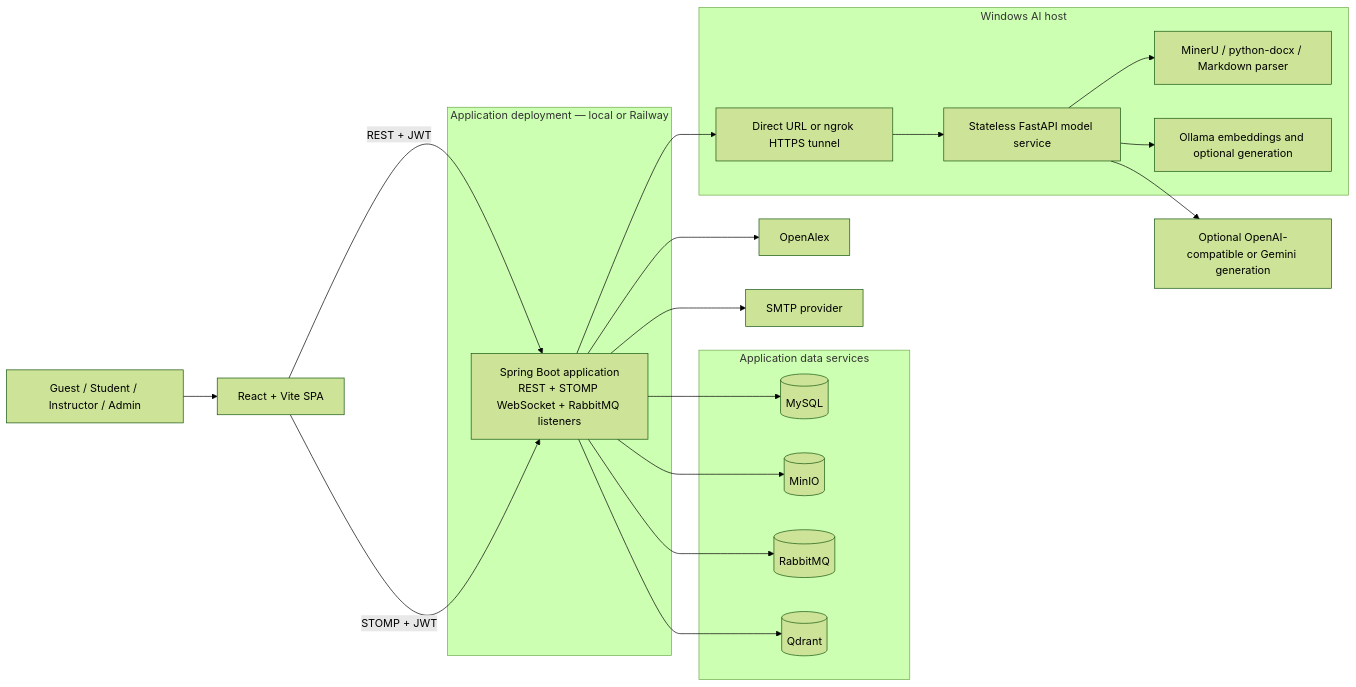
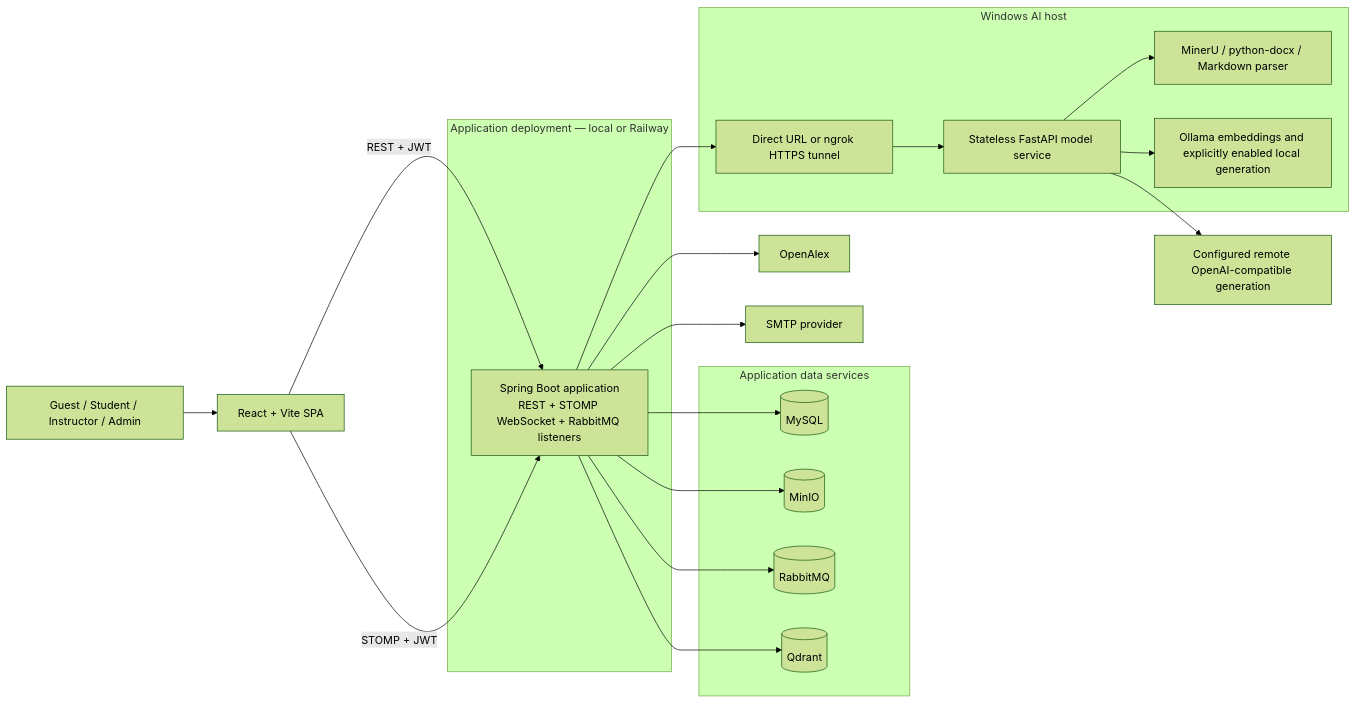
One commit to MinhKien17/SEP490_EvidencePilot changed the first of 6 diagrams in System-Architecture.md. Above: the diagram before and after it, drawn with Mermaid (forest theme). The commit also changed other lines of this file and 1 other file, not shown here.

Commit message:
feat: update README and System Architecture documentation with project lifecycle, AI configuration, and deletion management details

````diff
--- a/System-Architecture.md
+++ b/System-Architecture.md
@@ -8,40 +8,40 @@
 ```mermaid
 flowchart LR
     USERS["Guest / Student / Instructor / Admin"] --> FE["React + Vite SPA"]
 
     subgraph APP["Application deployment — local or Railway"]
         BE["Spring Boot application\nREST + STOMP WebSocket + RabbitMQ listeners"]
     end
 
     subgraph DATA["Application data services"]
         MYSQL[("MySQL")]
         MINIO[("MinIO")]
         RABBIT[("RabbitMQ")]
         QDRANT[("Qdrant")]
     end
 
     subgraph AIHOST["Windows AI host"]
         ENTRY["Direct URL or ngrok HTTPS tunnel"]
         MODEL["Stateless FastAPI model service"]
         EXTRACT["MinerU / python-docx / Markdown parser"]
-        OLLAMA["Ollama embeddings and optional generation"]
+        OLLAMA["Ollama embeddings and explicitly enabled local generation"]
         ENTRY --> MODEL
         MODEL --> EXTRACT
         MODEL --> OLLAMA
     end
 
-    REMOTE["Optional OpenAI-compatible or Gemini generation"]
+    REMOTE["Configured remote OpenAI-compatible generation"]
     OPENALEX["OpenAlex"]
     SMTP["SMTP provider"]
 
     FE -->|"REST + JWT"| BE
     FE -->|"STOMP + JWT"| BE
     BE --> MYSQL
     BE --> MINIO
     BE --> RABBIT
     BE --> QDRANT
     BE --> ENTRY
     MODEL --> REMOTE
     BE --> OPENALEX
     BE --> SMTP
 ```
````
